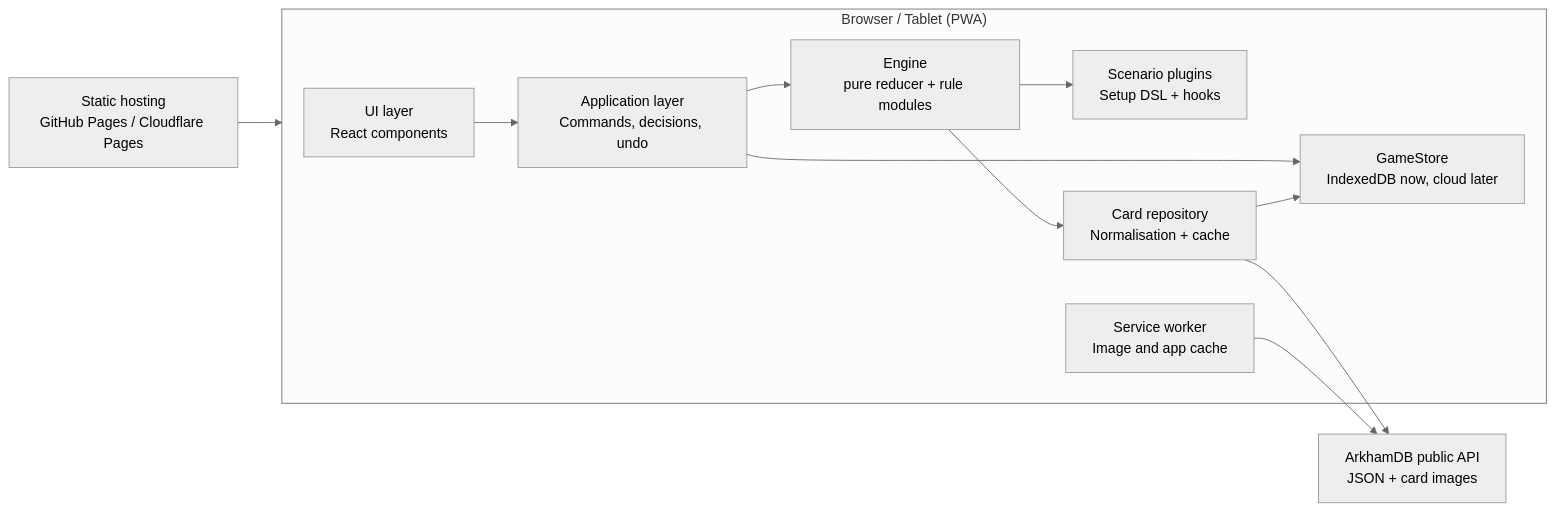
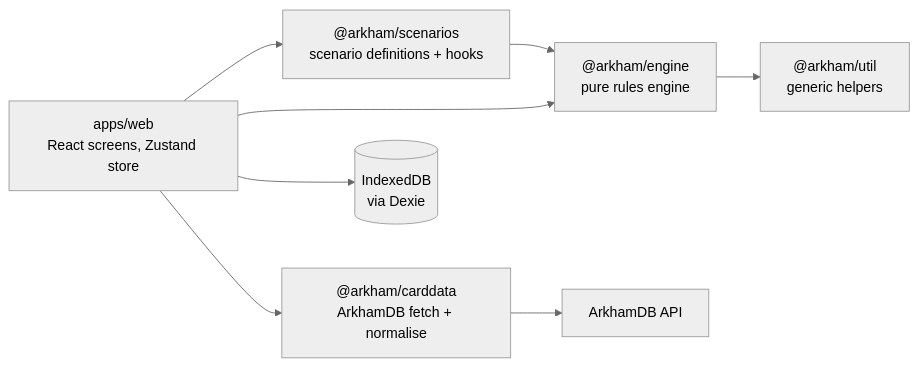
Before and after one commit to macandy13/arkham-companion: the diagram in docs/architecture.md, drawn with Mermaid (neutral theme). The commit also changed other lines of this file and 39 other files, not shown here.

First line of the commit message:
docs: restructure architecture into overview and pieces

````diff
--- a/docs/architecture.md
+++ b/docs/architecture.md
@@ -53,22 +13,15 @@
 ```mermaid
 flowchart LR
-  subgraph Browser["Browser / Tablet (PWA)"]
-    UI["UI layer<br/>React components"]
-    APP["Application layer<br/>Commands, decisions, undo"]
-    ENG["Engine<br/>pure reducer + rule modules"]
-    SCN["Scenario plugins<br/>Setup DSL + hooks"]
-    REPO["Card repository<br/>Normalisation + cache"]
-    STORE["GameStore<br/>IndexedDB now, cloud later"]
-    SW["Service worker<br/>Image and app cache"]
-  end
-  ADB["ArkhamDB public API<br/>JSON + card images"]
-  HOST["Static hosting<br/>GitHub Pages / Cloudflare Pages"]
-  UI --> APP --> ENG
-  ENG --> SCN
-  ENG --> REPO
-  APP --> STORE
-  REPO --> STORE
-  REPO --> ADB
-  SW --> ADB
-  HOST --> Browser
+  WEB["apps/web<br/>React screens, Zustand store"]
+  SCN["@arkham/scenarios<br/>scenario definitions + hooks"]
+  ENG["@arkham/engine<br/>pure rules engine"]
+  CD["@arkham/carddata<br/>ArkhamDB fetch + normalise"]
+  UTIL["@arkham/util<br/>generic helpers"]
+  IDB[("IndexedDB<br/>via Dexie")]
+  ADB["ArkhamDB API"]
+  WEB --> SCN --> ENG --> UTIL
+  WEB --> ENG
+  WEB --> CD
+  WEB --> IDB
+  CD --> ADB
 ```
````
